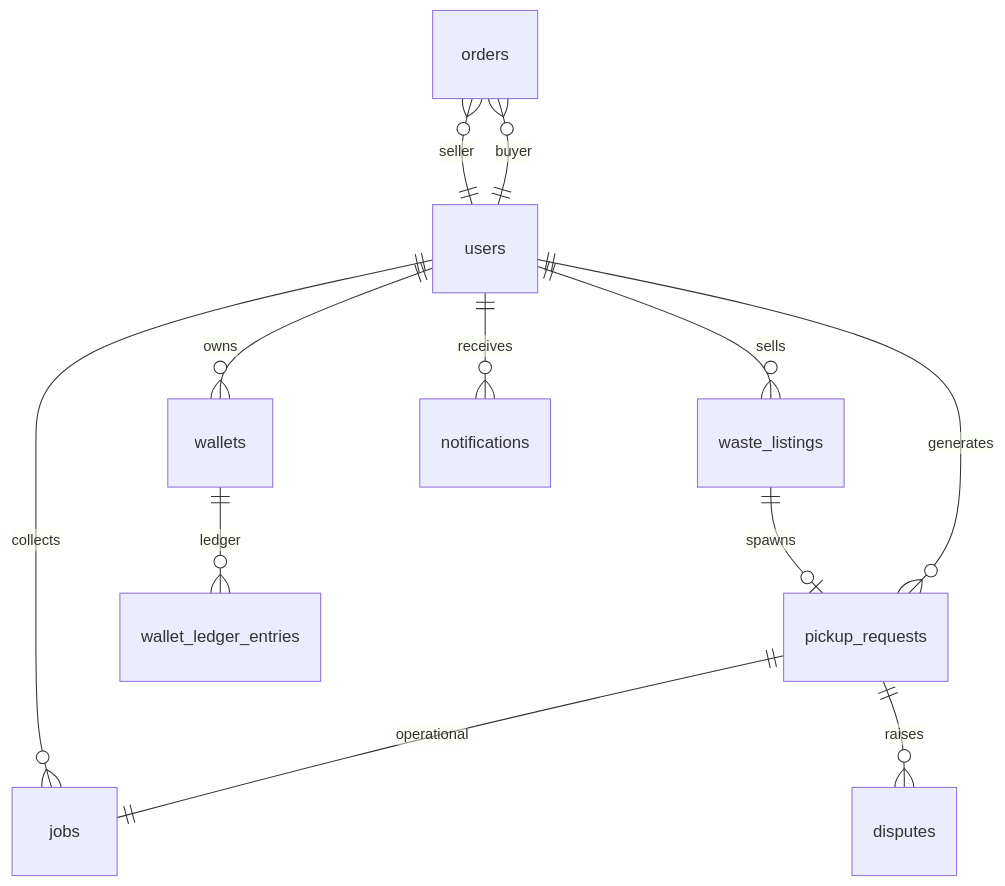
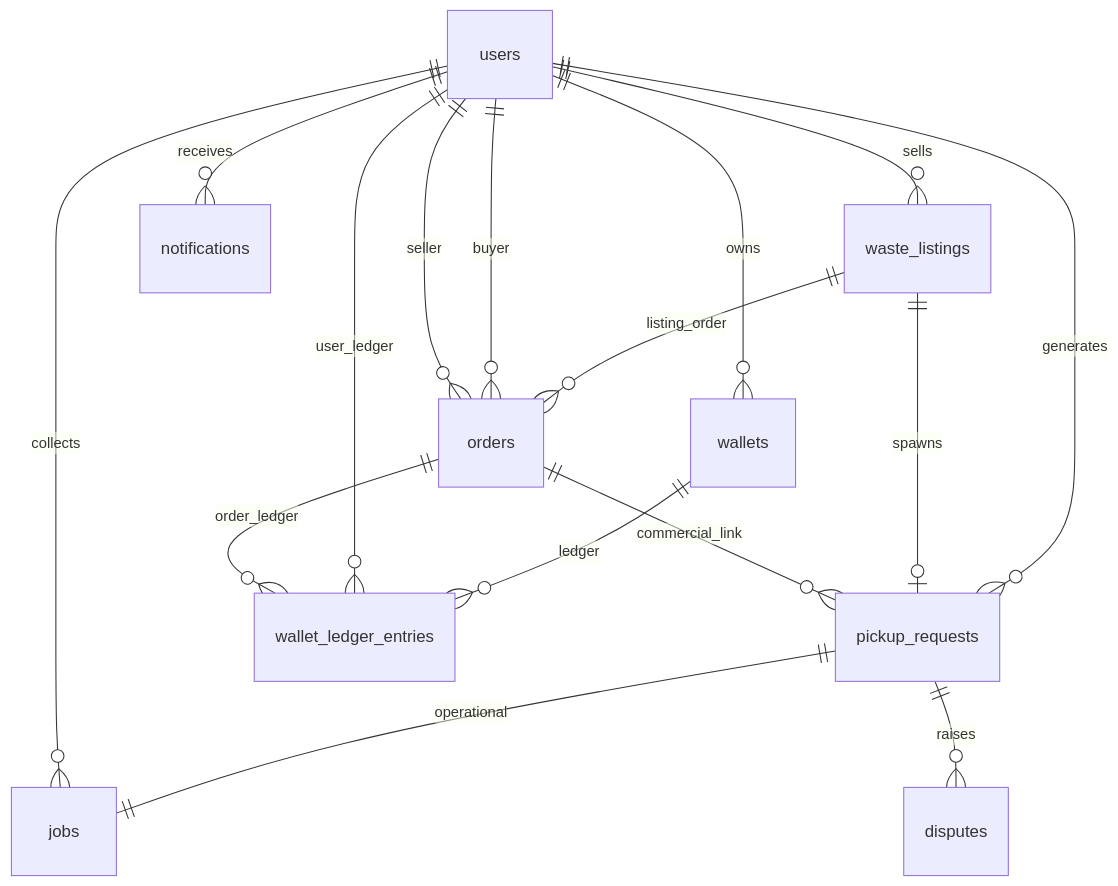
The diagram in DOCS/DATABASE_STRUCTURE.md (ManStevoh/WASTE_BRIDGE), drawn with Mermaid before and after one commit. The commit also changed other lines of this file and 239 other files, not shown here.

````diff
--- a/DOCS/DATABASE_STRUCTURE.md
+++ b/DOCS/DATABASE_STRUCTURE.md
@@ -656,14 +705,18 @@
 ```mermaid
 erDiagram
   users ||--o{ waste_listings : sells
   users ||--o{ pickup_requests : generates
   users ||--o{ wallets : owns
   wallets ||--o{ wallet_ledger_entries : ledger
+  users ||--o{ wallet_ledger_entries : user_ledger
   waste_listings ||--o| pickup_requests : spawns
+  waste_listings ||--o{ orders : listing_order
   pickup_requests ||--|| jobs : operational
   users ||--o{ jobs : collects
   orders }o--|| users : buyer
   orders }o--|| users : seller
+  orders ||--o{ pickup_requests : commercial_link
   pickup_requests ||--o{ disputes : raises
   users ||--o{ notifications : receives
+  orders ||--o{ wallet_ledger_entries : order_ledger
 ```
````
